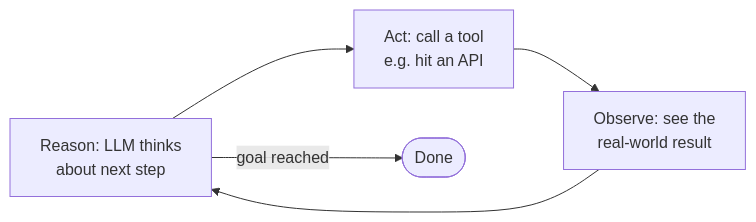
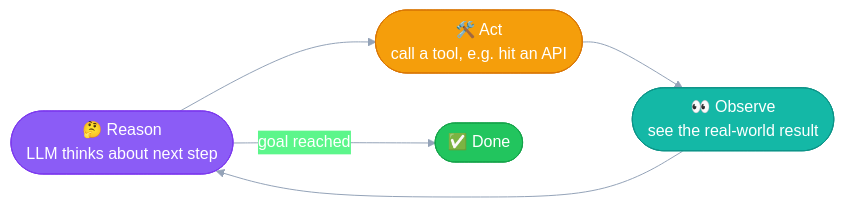
Before and after one commit to manthan-joshi-ai/claude-llm: the second of 4 diagrams in _01_claude_code_101/notes.md, drawn with Mermaid. The commit also changed other lines of this file, not shown here.

First line of the commit message:
Style Claude Code 101 mermaid diagrams; flesh out What is Claude Code section

````diff
--- a/_01_claude_code_101/notes.md
+++ b/_01_claude_code_101/notes.md
@@ -36,7 +44,17 @@
 ```mermaid
+%%{init: {"theme": "base", "themeVariables": {"primaryColor": "#8B5CF6", "primaryTextColor": "#ffffff", "primaryBorderColor": "#7C3AED", "lineColor": "#94A3B8", "fontFamily": "Segoe UI, sans-serif"}}}%%
 flowchart LR
-    R[Reason: LLM thinks\nabout next step] --> AC[Act: call a tool\ne.g. hit an API]
-    AC --> O[Observe: see the\nreal-world result]
+    R(["🤔 Reason<br/>LLM thinks about next step"]) --> AC(["🛠️ Act<br/>call a tool, e.g. hit an API"])
+    AC --> O(["👀 Observe<br/>see the real-world result"])
     O --> R
-    R -->|goal reached| Done([Done])
+    R -->|goal reached| Done(["✅ Done"])
+
+    classDef reason fill:#8B5CF6,stroke:#7C3AED,color:#ffffff
+    classDef act fill:#F59E0B,stroke:#D97706,color:#ffffff
+    classDef observe fill:#14B8A6,stroke:#0D9488,color:#ffffff
+    classDef done fill:#22C55E,stroke:#16A34A,color:#ffffff
+    class R reason
+    class AC act
+    class O observe
+    class Done done
 ```
````
